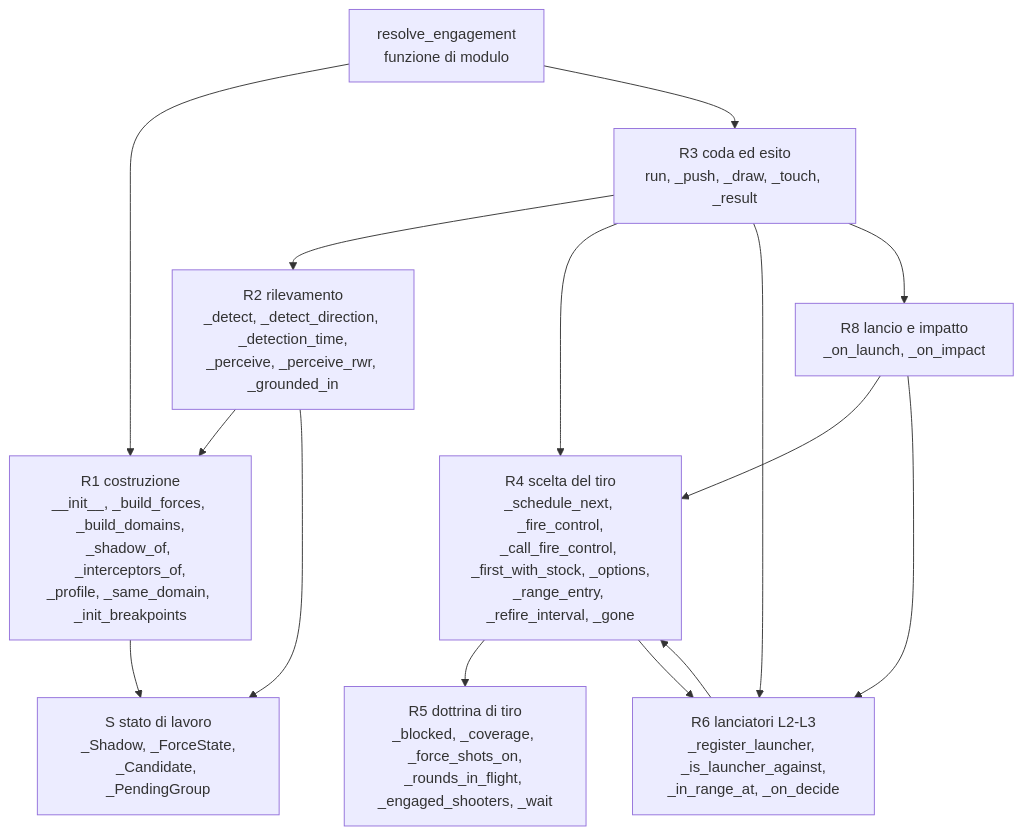
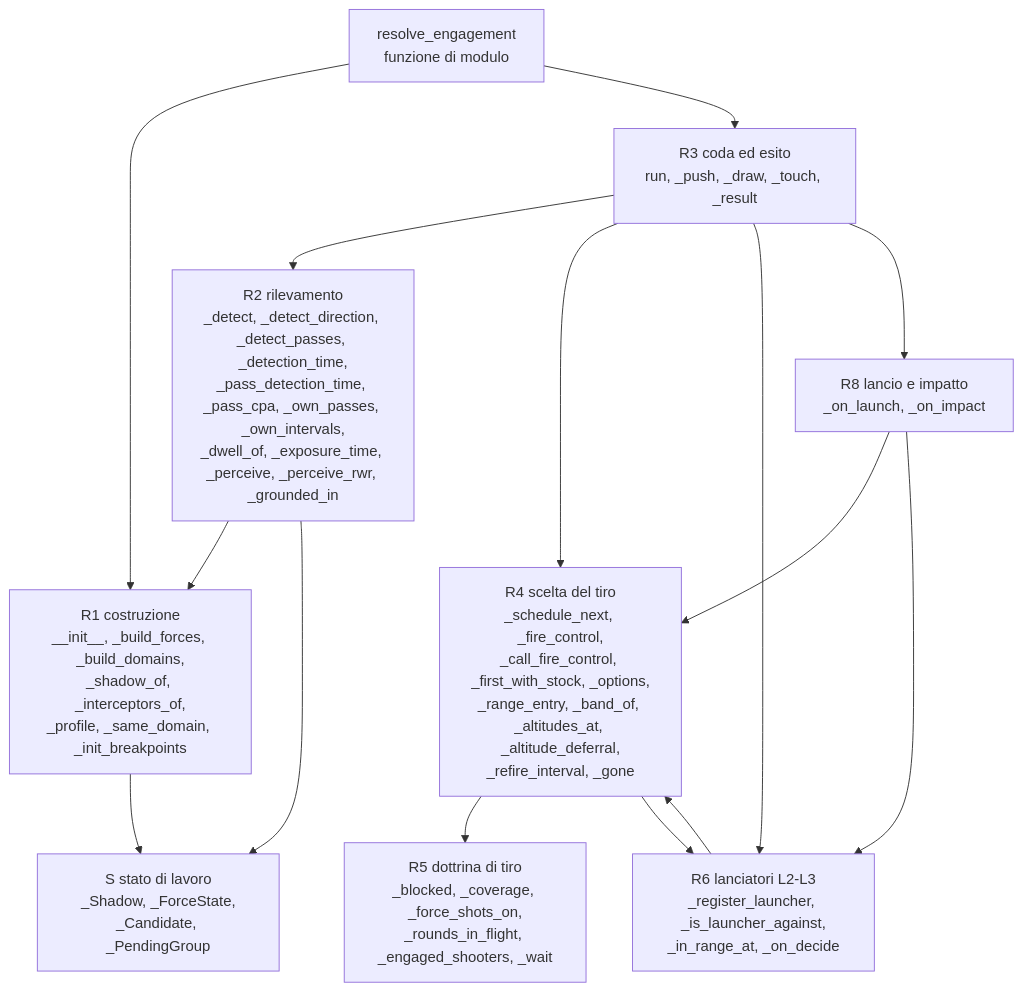
One commit to MakusIV/Warfare-Model changed diagram 13 of 22 in Analysis/Document/Manuale_Motore_DES/11a_Atlante_Risolutore.md. Above: the diagram before and after it, drawn with Mermaid. The commit also changed other lines of this file and 11 other files, not shown here.

````diff
--- a/Analysis/Document/Manuale_Motore_DES/11a_Atlante_Risolutore.md
+++ b/Analysis/Document/Manuale_Motore_DES/11a_Atlante_Risolutore.md
@@ -835,27 +853,27 @@
 ```mermaid
 flowchart TD
     RE["resolve_engagement<br/>funzione di modulo"]
     R1["R1 costruzione<br/>__init__, _build_forces, _build_domains,<br/>_shadow_of, _interceptors_of,<br/>_profile, _same_domain, _init_breakpoints"]
-    R2["R2 rilevamento<br/>_detect, _detect_direction, _detection_time,<br/>_perceive, _perceive_rwr, _grounded_in"]
+    R2["R2 rilevamento<br/>_detect, _detect_direction, _detect_passes, _detection_time,<br/>_pass_detection_time, _pass_cpa, _own_passes, _own_intervals,<br/>_dwell_of, _exposure_time, _perceive, _perceive_rwr, _grounded_in"]
     R3["R3 coda ed esito<br/>run, _push, _draw, _touch, _result"]
-    R4["R4 scelta del tiro<br/>_schedule_next, _fire_control,<br/>_call_fire_control, _first_with_stock, _options,<br/>_range_entry, _refire_interval, _gone"]
+    R4["R4 scelta del tiro<br/>_schedule_next, _fire_control,<br/>_call_fire_control, _first_with_stock, _options,<br/>_range_entry, _band_of, _altitudes_at, _altitude_deferral,<br/>_refire_interval, _gone"]
     R5["R5 dottrina di tiro<br/>_blocked, _coverage, _force_shots_on,<br/>_rounds_in_flight, _engaged_shooters, _wait"]
     R6["R6 lanciatori L2-L3<br/>_register_launcher, _is_launcher_against,<br/>_in_range_at, _on_decide"]
     R8["R8 lancio e impatto<br/>_on_launch, _on_impact"]
     S["S stato di lavoro<br/>_Shadow, _ForceState,<br/>_Candidate, _PendingGroup"]
 
     RE --> R1
     RE --> R3
     R1 --> S
     R3 --> R2
     R3 --> R4
     R3 --> R6
     R3 --> R8
     R2 --> R1
     R2 --> S
     R4 --> R5
     R4 --> R6
     R6 --> R4
     R8 --> R4
     R8 --> R6
 ```
````
